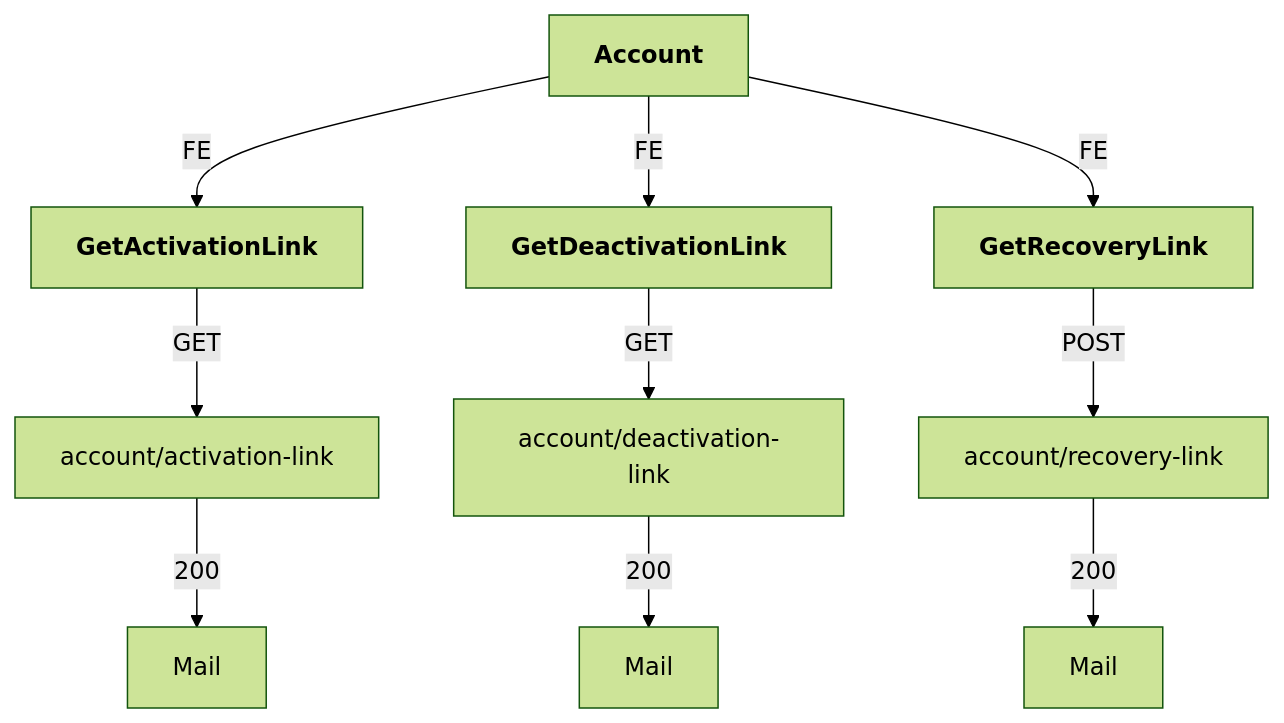
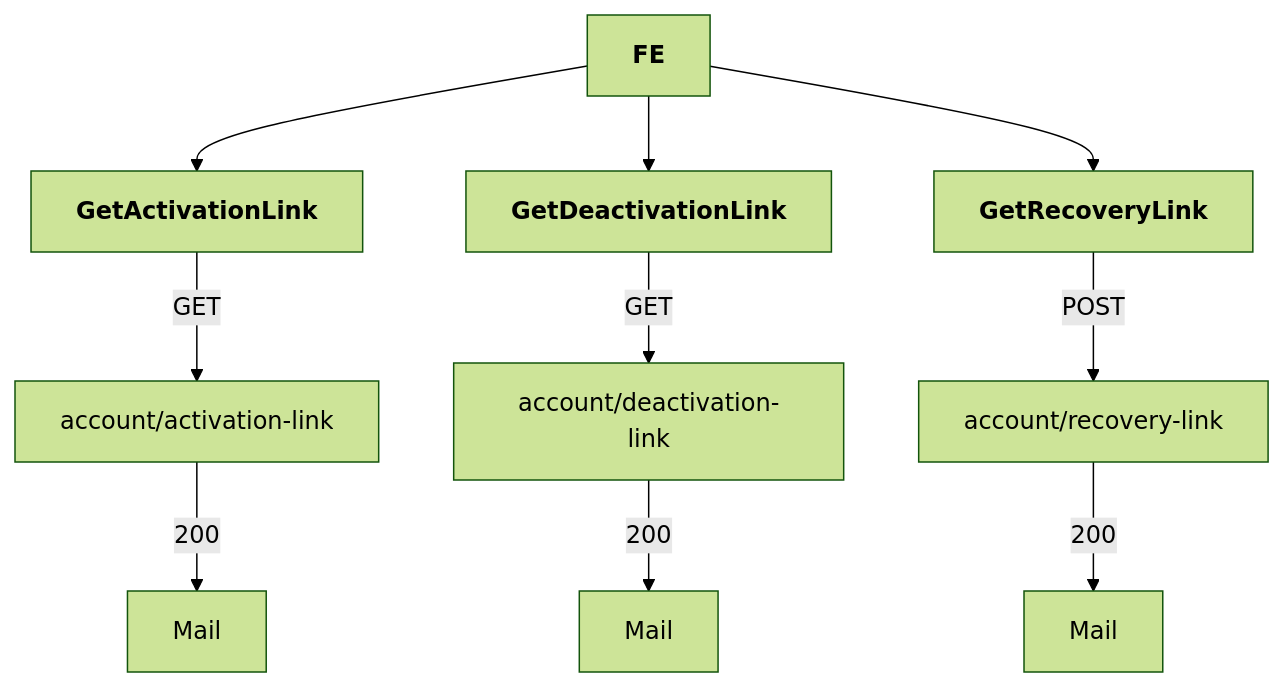
The first of 10 diagrams in README.md (Karmello/ask-the-world-api), drawn with Mermaid (forest theme) before and after one commit. The commit also changed other lines of this file, not shown here.

````diff
--- a/README.md
+++ b/README.md
@@ -7,6 +7,6 @@
 ```mermaid
 flowchart
-ROOT[<b>Account</b>] --> |FE|A1[<b>GetActivationLink</b>] --> |GET|A2[account/activation-link]  --> |200|A3[Mail]
-ROOT --> |FE|B1[<b>GetDeactivationLink</b>] --> |GET|B2[account/deactivation-link] --> |200|B3[Mail]
-ROOT --> |FE|C1[<b>GetRecoveryLink</b>] --> |POST|C2[account/recovery-link] --> |200|C3[Mail]
+ROOT[<b>FE</b>] --> A1[<b>GetActivationLink</b>] --> |GET|A2[account/activation-link]  --> |200|A3[Mail]
+ROOT --> B1[<b>GetDeactivationLink</b>] --> |GET|B2[account/deactivation-link] --> |200|B3[Mail]
+ROOT --> C1[<b>GetRecoveryLink</b>] --> |POST|C2[account/recovery-link] --> |200|C3[Mail]
 ```
````
